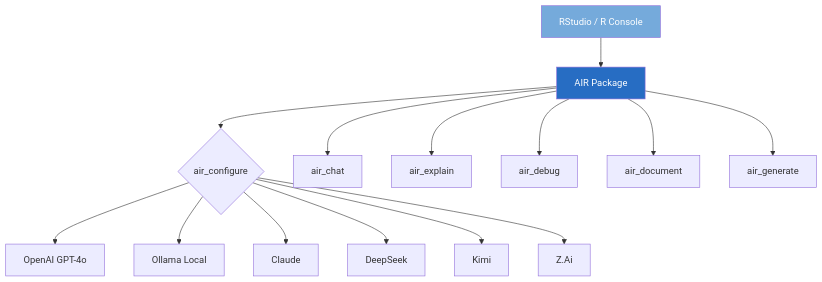
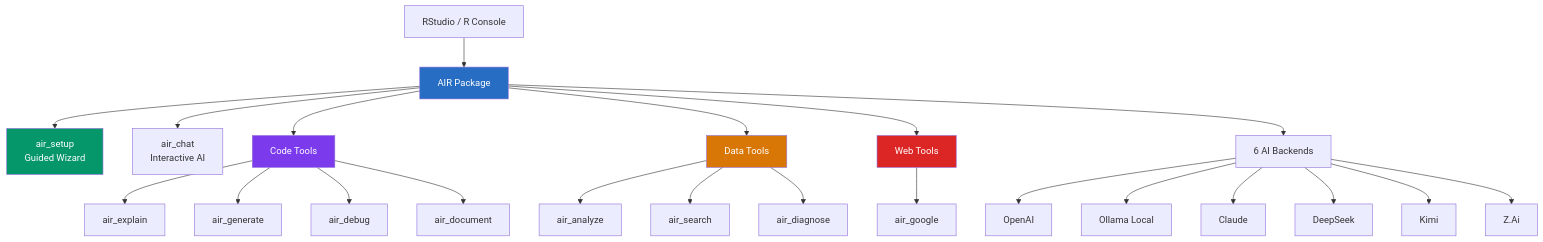
Before and after one commit to joannlilywhite765/raix: the diagram in README.md, drawn with Mermaid. The commit also changed other lines of this file and 3 other files, not shown here.

First line of the commit message:
v0.2.0: Beginner-friendly utilities, Google search, project diagnosis

````diff
--- a/README.md
+++ b/README.md
@@ -14,20 +15,34 @@
 ```mermaid
 graph TB
-    R[RStudio / R Console] --> AIR[AIR Package]
-    AIR --> CFG{air_configure}
-    CFG --> O[OpenAI GPT-4o]
-    CFG --> OL[Ollama Local]
-    CFG --> CL[Claude]
-    CFG --> DS[DeepSeek]
-    CFG --> KI[Kimi]
-    CFG --> ZA[Z.Ai]
+    USER[RStudio / R Console] --> AIR[AIR Package]
+    AIR --> SETUP[air_setup<br/>Guided Wizard]
+    AIR --> CHAT[air_chat<br/>Interactive AI]
+    AIR --> CODE[Code Tools]
+    AIR --> DATA[Data Tools]
+    AIR --> WEB[Web Tools]
 
-    AIR --> CHAT[air_chat]
-    AIR --> EXPL[air_explain]
-    AIR --> DBG[air_debug]
-    AIR --> DOC[air_document]
-    AIR --> GEN[air_generate]
+    CODE --> EXPL[air_explain]
+    CODE --> GEN[air_generate]
+    CODE --> DBG[air_debug]
+    CODE --> DOC[air_document]
+
+    DATA --> ANALYZE[air_analyze]
+    DATA --> SEARCH[air_search]
+    DATA --> DIAG[air_diagnose]
+
+    WEB --> GOOGLE[air_google]
+
+    AIR --> BACKENDS[6 AI Backends]
+    BACKENDS --> O[OpenAI]
+    BACKENDS --> OL[Ollama Local]
+    BACKENDS --> CL[Claude]
+    BACKENDS --> DS[DeepSeek]
+    BACKENDS --> KI[Kimi]
+    BACKENDS --> ZA[Z.Ai]
 
     style AIR fill:#276DC3,color:#fff
-    style R fill:#75AADB,color:#fff
+    style SETUP fill:#059669,color:#fff
+    style CODE fill:#7c3aed,color:#fff
+    style DATA fill:#d97706,color:#fff
+    style WEB fill:#dc2626,color:#fff
 ```
````
